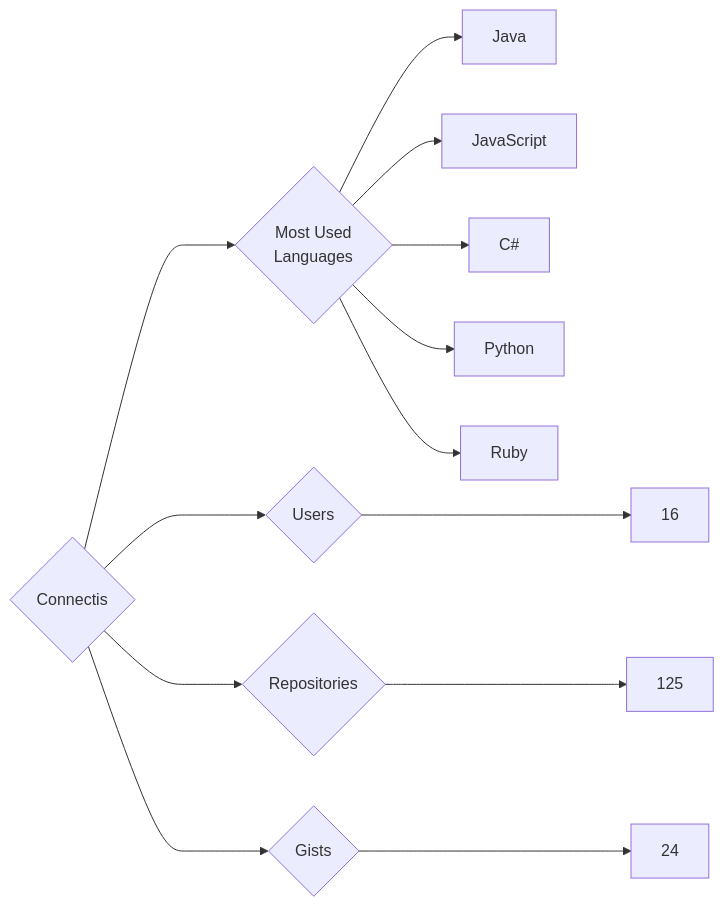
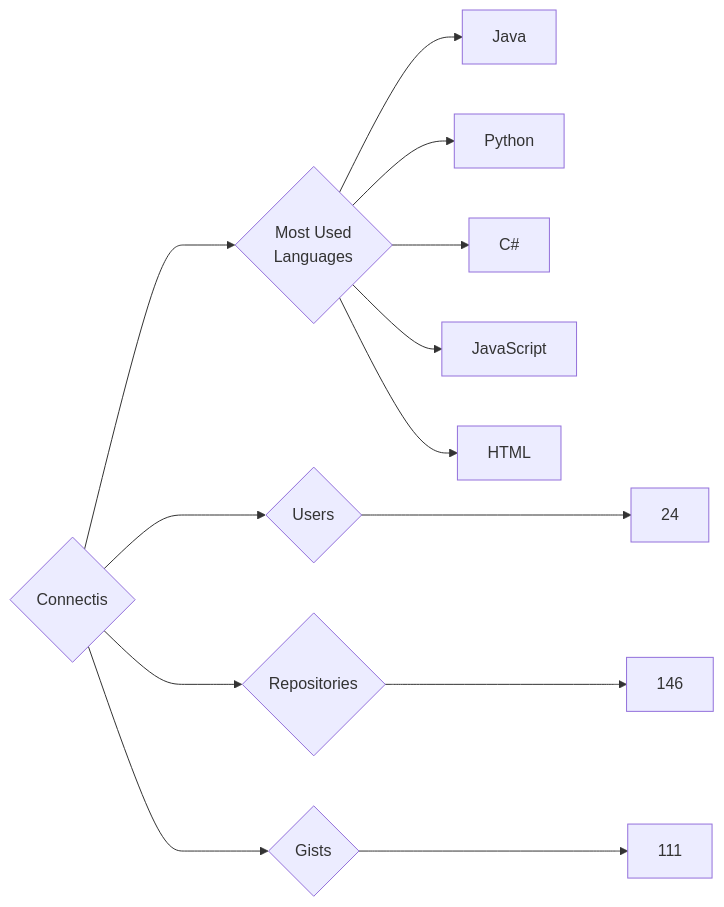
One commit to trickest/insiders changed the diagram in targets/Connectis/README.md. Above: the diagram before and after it, drawn with Mermaid. The commit also changed 861 other files, not shown here.

````diff
--- a/targets/Connectis/README.md
+++ b/targets/Connectis/README.md
@@ -3,13 +3,13 @@
 ```mermaid
 graph LR
 COMPANY_NAME{Connectis}
-COMPANY_NAME ---> U{Users} ---> UN[16]
-COMPANY_NAME ---> R{Repositories} ---> RN[125]
-COMPANY_NAME ---> G{Gists} ---> GN[24]
+COMPANY_NAME ---> U{Users} ---> UN[24]
+COMPANY_NAME ---> R{Repositories} ---> RN[146]
+COMPANY_NAME ---> G{Gists} ---> GN[111]
 COMPANY_NAME ---> ML{Most Used<br>Languages}
 ML --> Java[Java]
+ML --> Python[Python]
+ML --> C#[C#]
 ML --> JavaScript[JavaScript]
-ML --> C#[C#]
-ML --> Python[Python]
-ML --> Ruby[Ruby]
+ML --> HTML[HTML]
 ```
````
